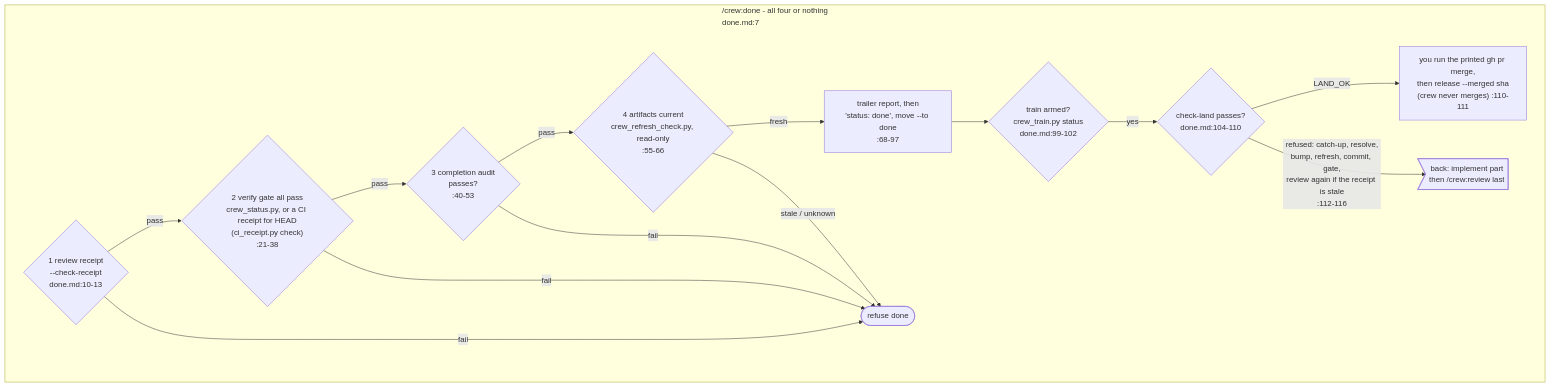
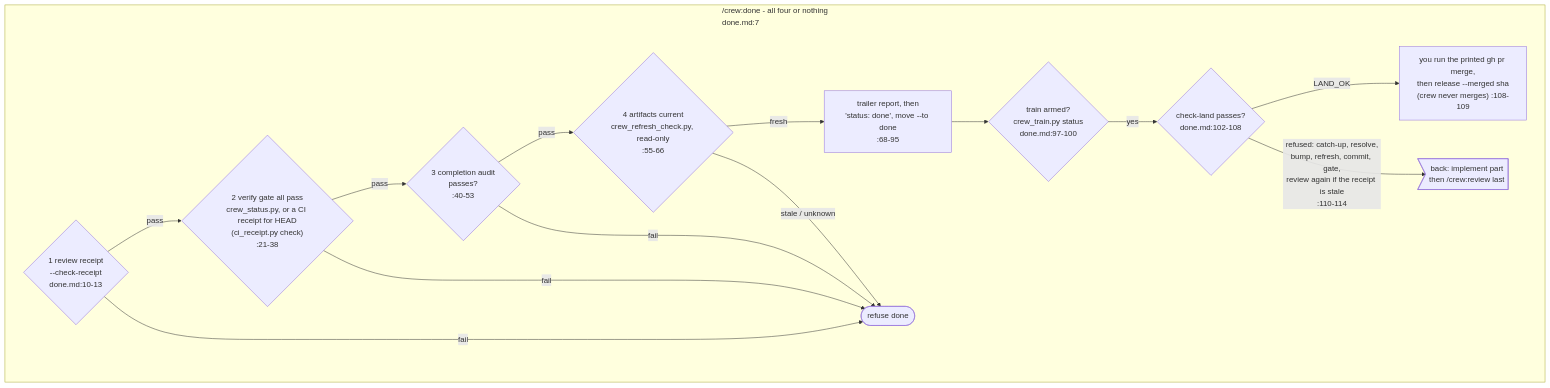
Diagram 28 of 36 in docs/diagrams/README.md (mbadali25/useful-claude-add-ons), drawn with Mermaid before and after one commit. The commit also changed other lines of this file and 5 other files, not shown here.

First line of the commit message:
T-0066: done.md back within its 120-line budget after merging main

````diff
--- a/docs/diagrams/README.md
+++ b/docs/diagrams/README.md
@@ -1049,18 +1049,18 @@
 ```mermaid
 flowchart TB
     subgraph done["/crew:done - all four or nothing<br/>done.md:7"]
         dn1{"1 review receipt<br/>--check-receipt<br/>done.md:10-13"}
         dn1 -- pass --> dn2{"2 verify gate all pass<br/>crew_status.py, or a CI receipt for HEAD<br/>(ci_receipt.py check)<br/>:21-38"}
         dn2 -- pass --> dn3{"3 completion audit<br/>passes?<br/>:40-53"}
         dn3 -- pass --> dn5{"4 artifacts current<br/>crew_refresh_check.py, read-only<br/>:55-66"}
-        dn5 -- fresh --> dn4["trailer report, then<br/>'status: done', move --to done<br/>:68-97"]
+        dn5 -- fresh --> dn4["trailer report, then<br/>'status: done', move --to done<br/>:68-95"]
         dn1 -- fail --> dnx([refuse done])
         dn2 -- fail --> dnx
         dn3 -- fail --> dnx
         dn5 -- "stale / unknown" --> dnx
-        dn4 --> ln0{"train armed?<br/>crew_train.py status<br/>done.md:99-102"}
-        ln0 -- yes --> ln1{"check-land passes?<br/>done.md:104-110"}
-        ln1 -- LAND_OK --> ln2["you run the printed gh pr merge,<br/>then release --merged sha<br/>(crew never merges) :110-111"]
-        ln1 -- "refused: catch-up, resolve,<br/>bump, refresh, commit, gate,<br/>review again if the receipt is stale<br/>:112-116" --> to_im5>"back: implement part<br/>then /crew:review last"]
+        dn4 --> ln0{"train armed?<br/>crew_train.py status<br/>done.md:97-100"}
+        ln0 -- yes --> ln1{"check-land passes?<br/>done.md:102-108"}
+        ln1 -- LAND_OK --> ln2["you run the printed gh pr merge,<br/>then release --merged sha<br/>(crew never merges) :108-109"]
+        ln1 -- "refused: catch-up, resolve,<br/>bump, refresh, commit, gate,<br/>review again if the receipt is stale<br/>:110-114" --> to_im5>"back: implement part<br/>then /crew:review last"]
     end
 ```
````
